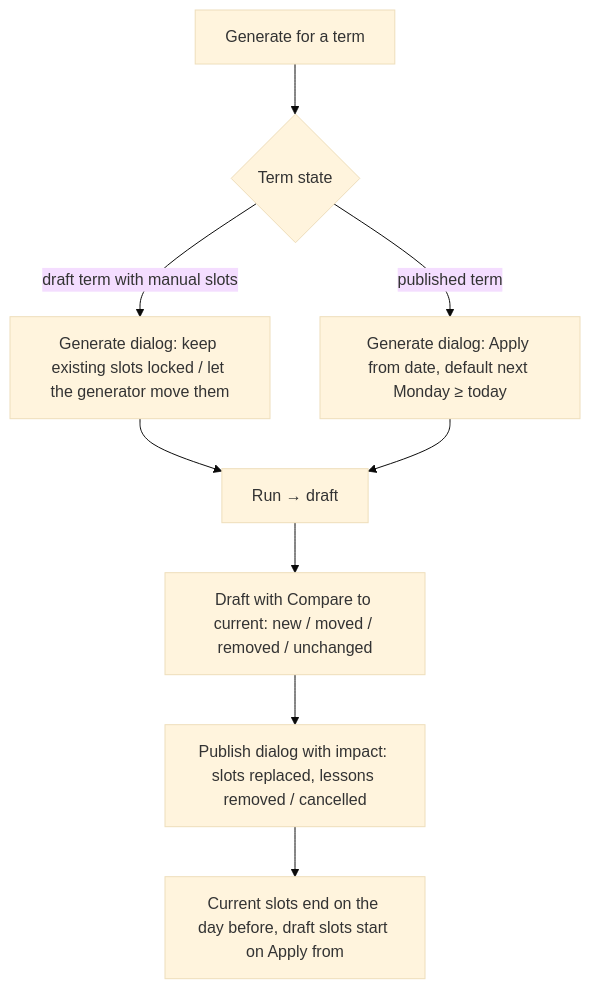
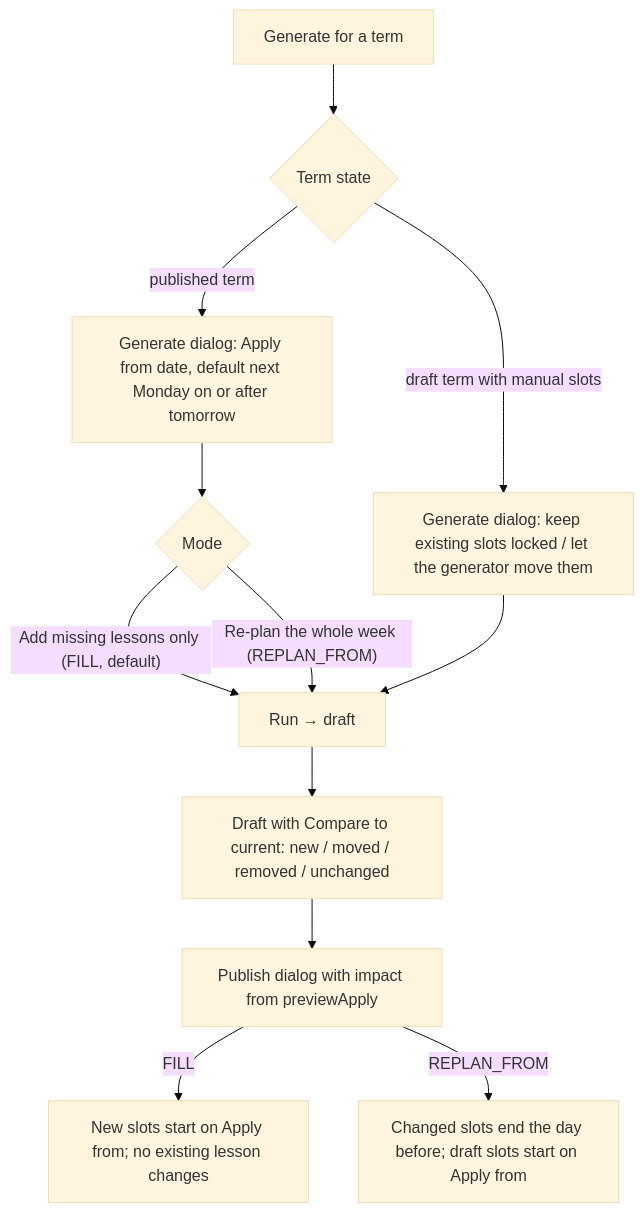
The second of 2 diagrams in docs/design/timetable-generator.md (NoncommissionedRush/schoolmanager), drawn with Mermaid (base theme) before and after one commit. The commit also changed other lines of this file and 1 other file, not shown here.

````diff
--- a/docs/design/timetable-generator.md
+++ b/docs/design/timetable-generator.md
@@ -97,11 +97,14 @@
 ```mermaid
 flowchart TD
   S[Generate for a term] --> K{Term state}
   K -- "draft term with manual slots" --> IM[Generate dialog: keep existing slots locked / let the generator move them]
-  K -- "published term" --> AF[Generate dialog: Apply from date, default next Monday ≥ today]
+  K -- "published term" --> AF[Generate dialog: Apply from date, default next Monday on or after tomorrow]
+  AF --> M{Mode}
+  M -- "Add missing lessons only (FILL, default)" --> R
+  M -- "Re-plan the whole week (REPLAN_FROM)" --> R
   IM --> R[Run → draft]
-  AF --> R
   R --> CMP[Draft with Compare to current: new / moved / removed / unchanged]
-  CMP --> P[Publish dialog with impact: slots replaced, lessons removed / cancelled]
-  P --> OK[Current slots end on the day before, draft slots start on Apply from]
+  CMP --> P[Publish dialog with impact from previewApply]
+  P -- FILL --> OKF[New slots start on Apply from; no existing lesson changes]
+  P -- REPLAN_FROM --> OKR[Changed slots end the day before; draft slots start on Apply from]
 ```
````
